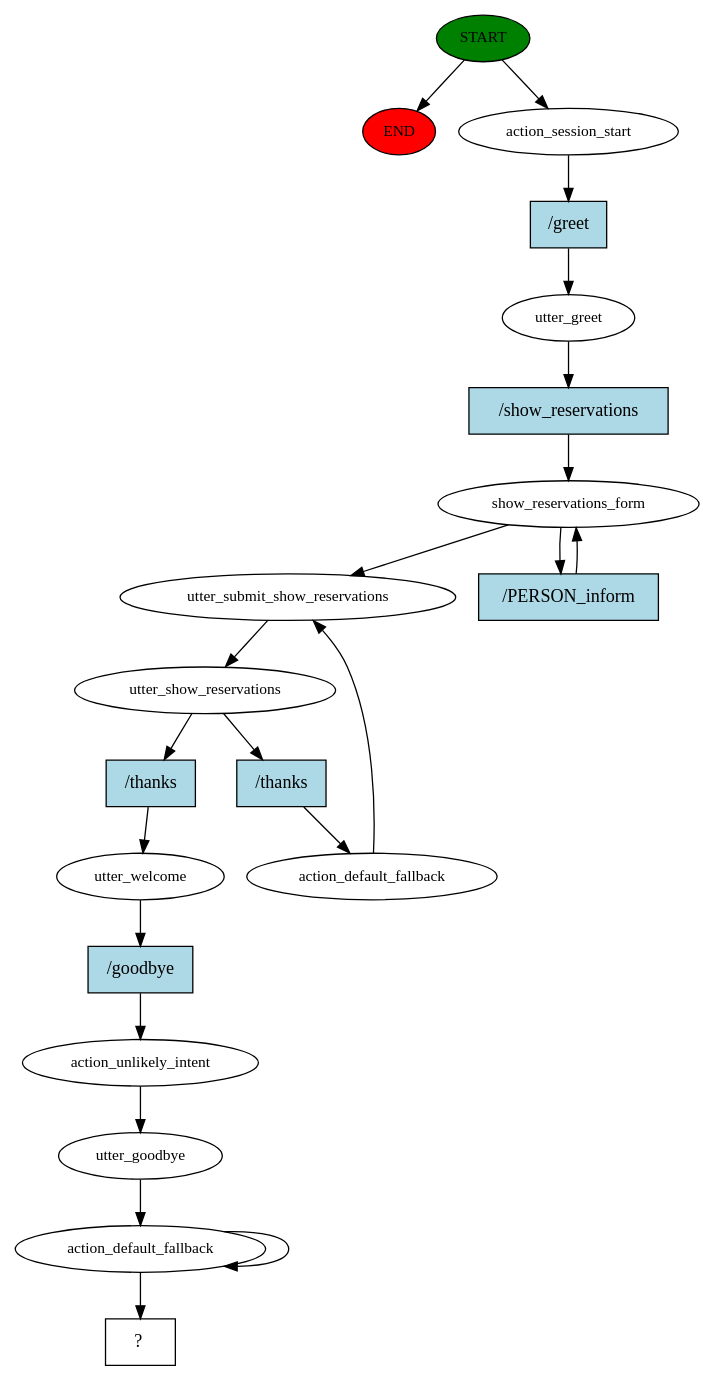
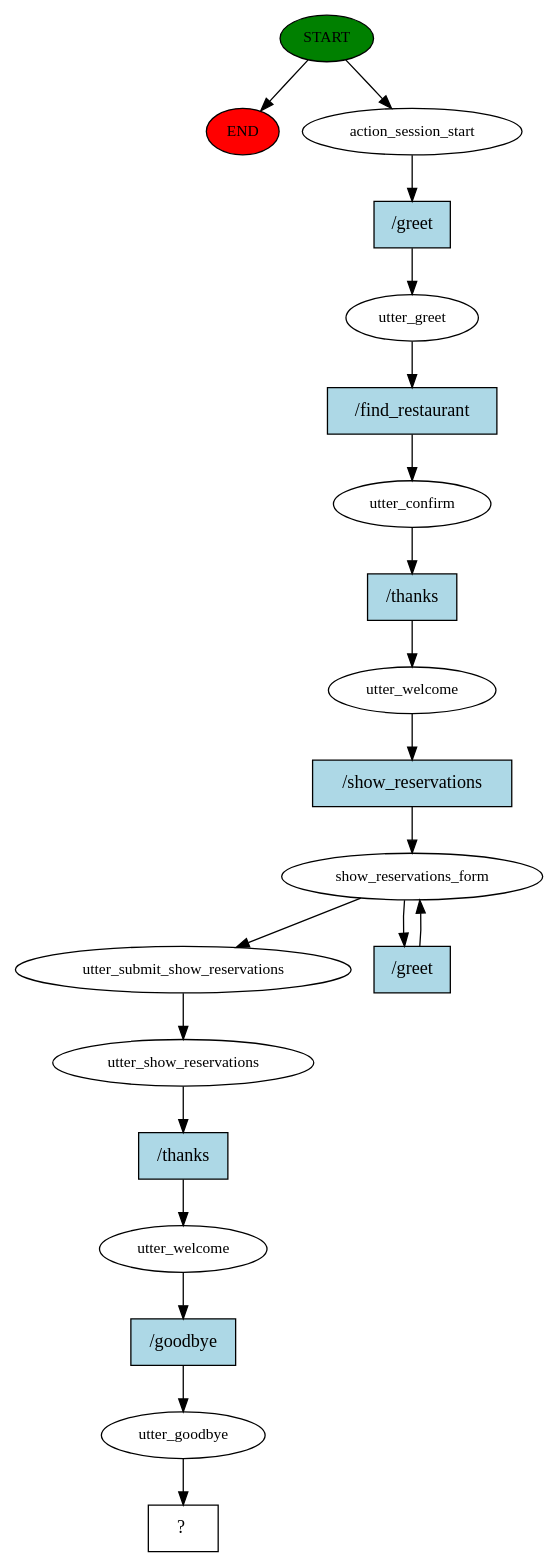
One commit to AsiaSzych/IU_Voice_Assistants changed the diagram in rasa_chatbot/story_graph.dot. Above: the diagram before and after it, drawn with Graphviz. The commit also changed 4 other files, not shown here.

Commit message:
add goodbye and thanks rules

```diff
--- a/rasa_chatbot/story_graph.dot
+++ b/rasa_chatbot/story_graph.dot
@@ -1,42 +1,40 @@
 digraph  {
 0 [class="start active", fillcolor=green, fontsize=12, label=START, style=filled];
 "-1" [class=end, fillcolor=red, fontsize=12, label=END, style=filled];
 1 [class=active, fontsize=12, label=action_session_start];
 2 [class=active, fontsize=12, label=utter_greet];
-3 [class=active, fontsize=12, label=show_reservations_form];
-5 [class=active, fontsize=12, label=utter_submit_show_reservations];
-6 [class=active, fontsize=12, label=utter_show_reservations];
-7 [class=active, fontsize=12, label=action_default_fallback];
-10 [class=active, fontsize=12, label=utter_welcome];
-11 [class=active, fontsize=12, label=action_unlikely_intent];
-12 [class=active, fontsize=12, label=utter_goodbye];
-13 [class=active, fontsize=12, label=action_default_fallback];
-15 [class="intent dashed active", label="  ?  ", shape=rect];
+3 [class=active, fontsize=12, label=utter_confirm];
+4 [class=active, fontsize=12, label=utter_welcome];
+5 [class=active, fontsize=12, label=show_reservations_form];
+7 [class=active, fontsize=12, label=utter_submit_show_reservations];
+8 [class=active, fontsize=12, label=utter_show_reservations];
+9 [class=active, fontsize=12, label=utter_welcome];
+10 [class=active, fontsize=12, label=utter_goodbye];
+11 [class="intent dashed active", label="  ?  ", shape=rect];
+12 [class="intent active", fillcolor=lightblue, label="/greet", shape=rect, style=filled];
+13 [class="intent active", fillcolor=lightblue, label="/find_restaurant", shape=rect, style=filled];
+14 [class="intent active", fillcolor=lightblue, label="/thanks", shape=rect, style=filled];
+15 [class="intent active", fillcolor=lightblue, label="/show_reservations", shape=rect, style=filled];
 16 [class="intent active", fillcolor=lightblue, label="/greet", shape=rect, style=filled];
-17 [class="intent active", fillcolor=lightblue, label="/show_reservations", shape=rect, style=filled];
-18 [class="intent active", fillcolor=lightblue, label="/PERSON_inform", shape=rect, style=filled];
-19 [class="intent active", fillcolor=lightblue, label="/thanks", shape=rect, style=filled];
-20 [class="intent active", fillcolor=lightblue, label="/thanks", shape=rect, style=filled];
-21 [class="intent active", fillcolor=lightblue, label="/goodbye", shape=rect, style=filled];
+17 [class="intent active", fillcolor=lightblue, label="/thanks", shape=rect, style=filled];
+18 [class="intent active", fillcolor=lightblue, label="/goodbye", shape=rect, style=filled];
 0 -> "-1"  [class="", key=NONE, label=""];
 0 -> 1  [class=active, key=NONE, label=""];
-1 -> 16  [class=active, key=0];
-2 -> 17  [class=active, key=0];
-3 -> 5  [class=active, key=NONE, label=""];
-3 -> 18  [class=active, key=0];
-5 -> 6  [class=active, key=NONE, label=""];
-6 -> 19  [class=active, key=0];
-6 -> 20  [class=active, key=0];
-7 -> 5  [class=active, key=NONE, label=""];
-10 -> 21  [class=active, key=0];
-11 -> 12  [class=active, key=NONE, label=""];
-12 -> 13  [class=active, key=NONE, label=""];
-13 -> 15  [class=active, key=NONE, label=""];
-13 -> 13  [class=active, key=NONE, label=""];
-16 -> 2  [class=active, key=0];
-17 -> 3  [class=active, key=0];
-18 -> 3  [class=active, key=0];
-19 -> 7  [class=active, key=0];
-20 -> 10  [class=active, key=0];
-21 -> 11  [class=active, key=0];
+1 -> 12  [class=active, key=0];
+2 -> 13  [class=active, key=0];
+3 -> 14  [class=active, key=0];
+4 -> 15  [class=active, key=0];
+5 -> 7  [class=active, key=NONE, label=""];
+5 -> 16  [class=active, key=0];
+7 -> 8  [class=active, key=NONE, label=""];
+8 -> 17  [class=active, key=0];
+9 -> 18  [class=active, key=0];
+10 -> 11  [class=active, key=NONE, label=""];
+12 -> 2  [class=active, key=0];
+13 -> 3  [class=active, key=0];
+14 -> 4  [class=active, key=0];
+15 -> 5  [class=active, key=0];
+16 -> 5  [class=active, key=0];
+17 -> 9  [class=active, key=0];
+18 -> 10  [class=active, key=0];
 }
```
